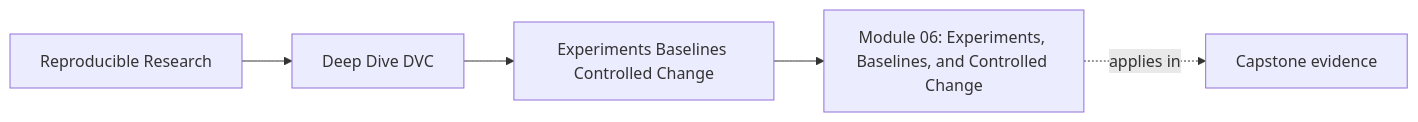
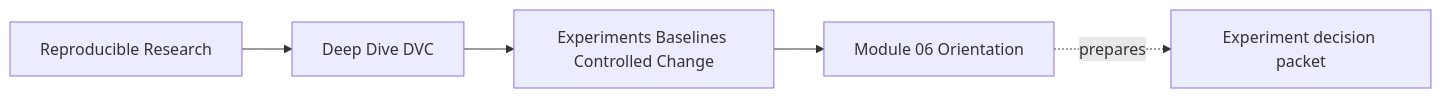
The first of 3 diagrams in programs/reproducible-research/deep-dive-dvc/course-book/module-06-experiments-baselines-controlled-change/index.md (bijux/bijux-masterclass), drawn with Mermaid before and after one commit. The commit also changed other lines of this file, not shown here.

Commit message:
docs(dvc): orient uncertainty-aware experiment study

````diff
--- a/programs/reproducible-research/deep-dive-dvc/course-book/module-06-experiments-baselines-controlled-change/index.md
+++ b/programs/reproducible-research/deep-dive-dvc/course-book/module-06-experiments-baselines-controlled-change/index.md
@@ -7,11 +6,11 @@
 ```mermaid
 graph LR
   family["Reproducible Research"]
   program["Deep Dive DVC"]
   section["Experiments Baselines Controlled Change"]
-  page["Module 06: Experiments, Baselines, and Controlled Change"]
-  capstone["Capstone evidence"]
+  page["Module 06 Orientation"]
+  packet["Experiment decision packet"]
 
   family --> program --> section --> page
-  page -.applies in.-> capstone
+  page -.prepares.-> packet
 ```
````
